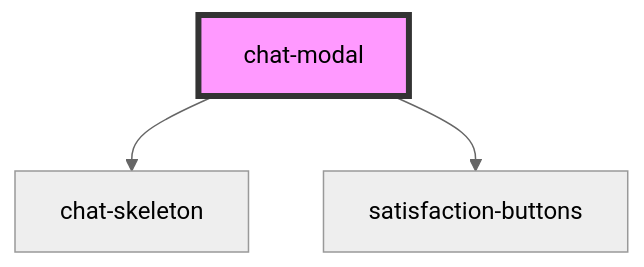
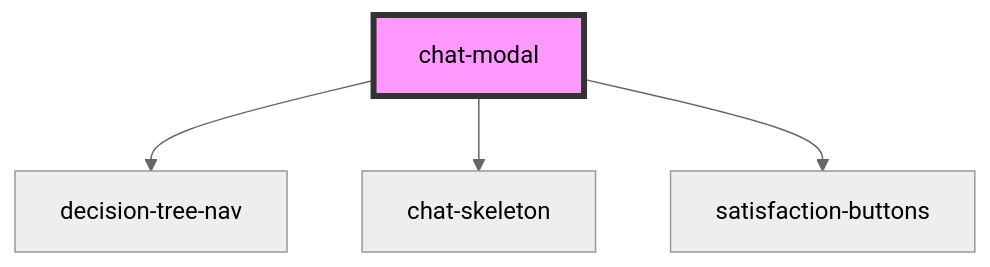
Before and after one commit to Lynxgsm/fastt-web-components: the diagram in src/components/chat-modal/readme.md, drawn with Mermaid (neutral theme). The commit also changed other lines of this file and 15 other files, not shown here.

First line of the commit message:
feat(decision-tree): guided navigation, context banners, typed stream parser

````diff
--- a/src/components/chat-modal/readme.md
+++ b/src/components/chat-modal/readme.md
@@ -26,6 +27,7 @@
 ```mermaid
 graph TD;
+  chat-modal --> decision-tree-nav
   chat-modal --> chat-skeleton
   chat-modal --> satisfaction-buttons
   style chat-modal fill:#f9f,stroke:#333,stroke-width:4px
 ```
````
